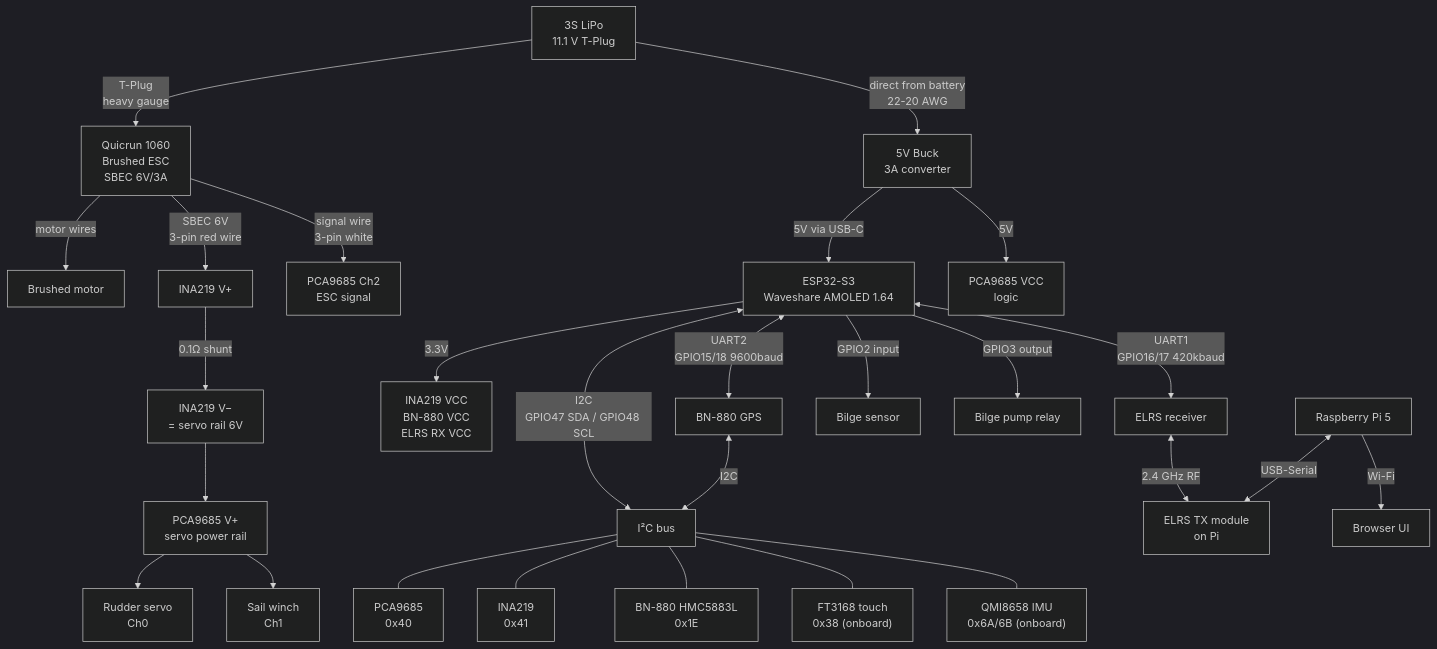
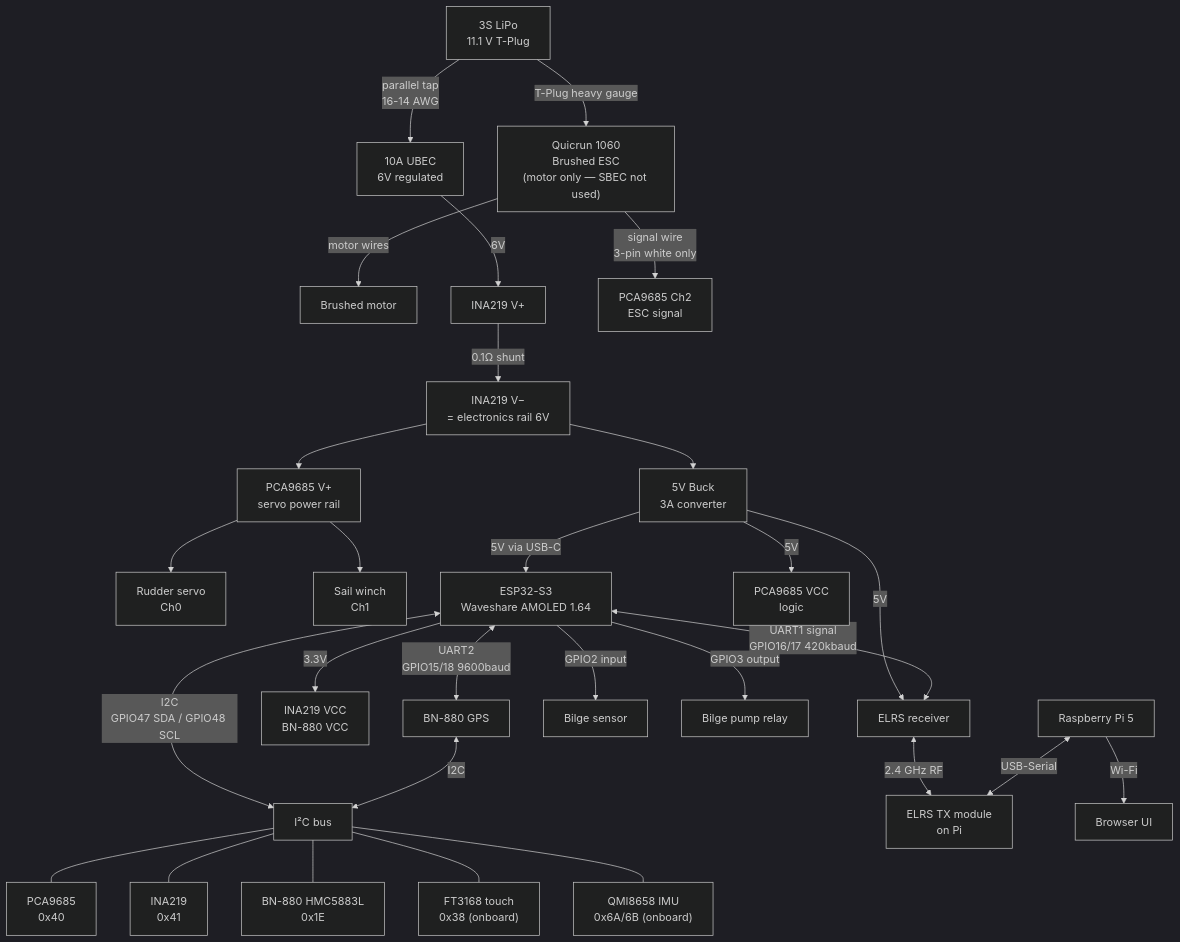
The diagram in docs/wiring.md (crazyswedishguy/rcsailboat), drawn with Mermaid (dark theme) before and after one commit. The commit also changed other lines of this file, not shown here.

First line of the commit message:
wiring: UBEC as primary supply, ELRS on 5V, add ferrite guidance

````diff
--- a/docs/wiring.md
+++ b/docs/wiring.md
@@ -192,42 +231,45 @@
 ```mermaid
 graph TD
     LIPO["3S LiPo\n11.1 V T-Plug"]
+    UBEC["10A UBEC\n6V regulated"]
 
-    LIPO -->|T-Plug\nheavy gauge| ESC["Quicrun 1060\nBrushed ESC\nSBEC 6V/3A"]
+    LIPO -->|T-Plug heavy gauge| ESC["Quicrun 1060\nBrushed ESC\n(motor only — SBEC not used)"]
+    LIPO -->|parallel tap\n16-14 AWG| UBEC
     ESC -->|motor wires| MOTOR["Brushed motor"]
 
-    ESC -->|SBEC 6V\n3-pin red wire| INA_VIN["INA219 V+"]
-    INA_VIN -->|0.1Ω shunt| INA_VOUT["INA219 V−\n= servo rail 6V"]
+    UBEC -->|6V| INA_VIN["INA219 V+"]
+    INA_VIN -->|0.1Ω shunt| INA_VOUT["INA219 V−\n= electronics rail 6V"]
 
-    LIPO -->|direct from battery\n22-20 AWG| BUCK["5V Buck\n3A converter"]
     INA_VOUT --> PCA_V["PCA9685 V+\nservo power rail"]
+    INA_VOUT --> BUCK["5V Buck\n3A converter"]
 
     PCA_V --> RUDDER["Rudder servo\nCh0"]
     PCA_V --> SAIL["Sail winch\nCh1"]
 
-    ESC -->|signal wire\n3-pin white| PCA_CH2["PCA9685 Ch2\nESC signal"]
+    ESC -->|signal wire\n3-pin white only| PCA_CH2["PCA9685 Ch2\nESC signal"]
 
     BUCK -->|5V via USB-C| ESP["ESP32-S3\nWaveshare AMOLED 1.64"]
     BUCK -->|5V| PCA_VCC["PCA9685 VCC\nlogic"]
+    BUCK -->|5V| ELRS_RX["ELRS receiver"]
 
-    ESP -->|3.3V| SENSORS["INA219 VCC\nBN-880 VCC\nELRS RX VCC"]
+    ESP -->|3.3V| SENSORS["INA219 VCC\nBN-880 VCC"]
 
     ESP <-->|I2C\nGPIO47 SDA / GPIO48 SCL| I2C_BUS["I²C bus"]
     I2C_BUS --- PCA["PCA9685\n0x40"]
     I2C_BUS --- INA["INA219\n0x41"]
     I2C_BUS --- HMAG["BN-880 HMC5883L\n0x1E"]
     I2C_BUS --- TOUCH["FT3168 touch\n0x38 (onboard)"]
     I2C_BUS --- IMU["QMI8658 IMU\n0x6A/6B (onboard)"]
 
-    ESP <-->|UART1\nGPIO16/17 420kbaud| ELRS_RX["ELRS receiver"]
+    ESP <-->|UART1 signal\nGPIO16/17 420kbaud| ELRS_RX
     ELRS_RX <-->|2.4 GHz RF| ELRS_TX["ELRS TX module\non Pi"]
 
     ESP <-->|UART2\nGPIO15/18 9600baud| BN880["BN-880 GPS"]
     BN880 <-->|I2C| I2C_BUS
 
     ESP -->|GPIO2 input| BILGE_S["Bilge sensor"]
     ESP -->|GPIO3 output| BILGE_P["Bilge pump relay"]
 
     PI["Raspberry Pi 5"] <-->|USB-Serial| ELRS_TX
     PI -->|Wi-Fi| BROWSER["Browser UI"]
 ```
````
